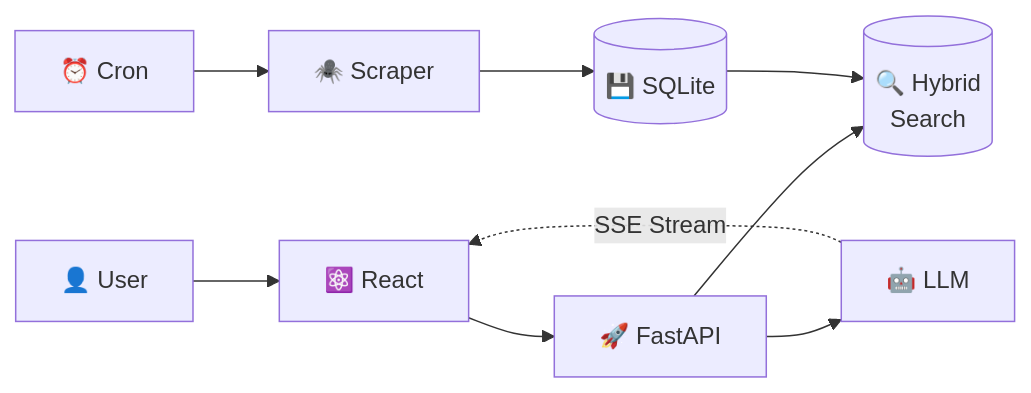
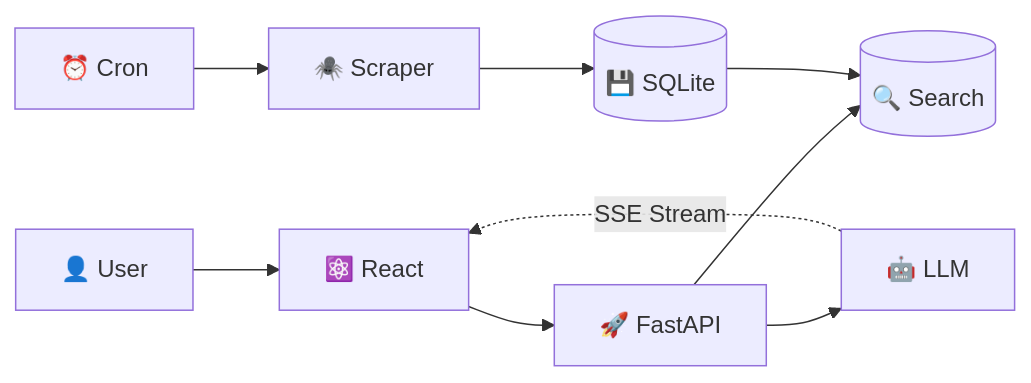
One commit to oscarthedev15/crypto-news-analyst changed the first of 3 diagrams in architecture.md. Above: the diagram before and after it, drawn with Mermaid. The commit also changed other lines of this file and 2 other files, not shown here.

Commit message:
Remove BM25 and hybrid search references from documentation

````diff
--- a/architecture.md
+++ b/architecture.md
@@ -9,13 +9,13 @@
 ```mermaid
 flowchart LR
     USER[👤 User] --> REACT[⚛️ React]
     REACT --> API[🚀 FastAPI]
-    API --> SEARCH[(🔍 Hybrid<br/>Search)]
+    API --> SEARCH[(🔍 Search)]
     API --> LLM[🤖 LLM]
 
     CRON[⏰ Cron] --> SCRAPER[🕷️ Scraper]
     SCRAPER --> DB[(💾 SQLite)]
     DB --> SEARCH
 
     LLM -.->|SSE Stream| REACT
 ```
````
